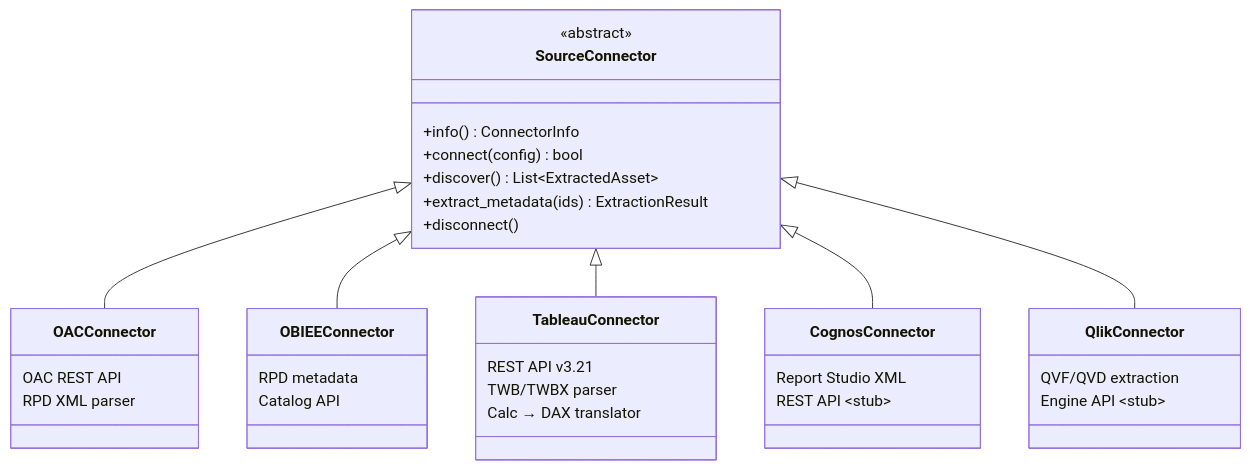
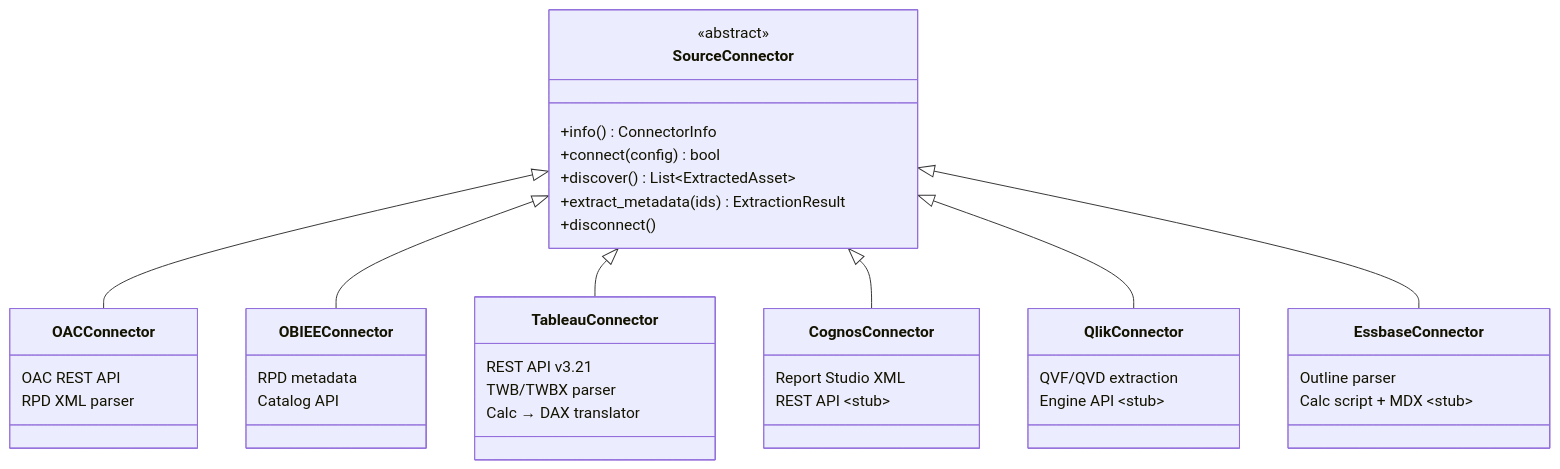
Before and after one commit to cyphou/OACToFabric: the third of 9 diagrams in README.md, drawn with Mermaid. The commit also changed other lines of this file and 9 other files, not shown here.

First line of the commit message:
feat: add Oracle Essbase connector stub with translation rules

````diff
--- a/README.md
+++ b/README.md
@@ -131,39 +131,44 @@
 ```mermaid
 classDiagram
     class SourceConnector {
         <<abstract>>
         +info() ConnectorInfo
         +connect(config) bool
         +discover() List~ExtractedAsset~
         +extract_metadata(ids) ExtractionResult
         +disconnect()
     }
 
     class OACConnector {
         OAC REST API
         RPD XML parser
     }
     class OBIEEConnector {
         RPD metadata
         Catalog API
     }
     class TableauConnector {
         REST API v3.21
         TWB/TWBX parser
         Calc → DAX translator
     }
     class CognosConnector {
         Report Studio XML
         REST API ~stub~
     }
     class QlikConnector {
         QVF/QVD extraction
         Engine API ~stub~
     }
+    class EssbaseConnector {
+        Outline parser
+        Calc script + MDX ~stub~
+    }
 
     SourceConnector <|-- OACConnector
     SourceConnector <|-- OBIEEConnector
     SourceConnector <|-- TableauConnector
     SourceConnector <|-- CognosConnector
     SourceConnector <|-- QlikConnector
+    SourceConnector <|-- EssbaseConnector
 ```
````
